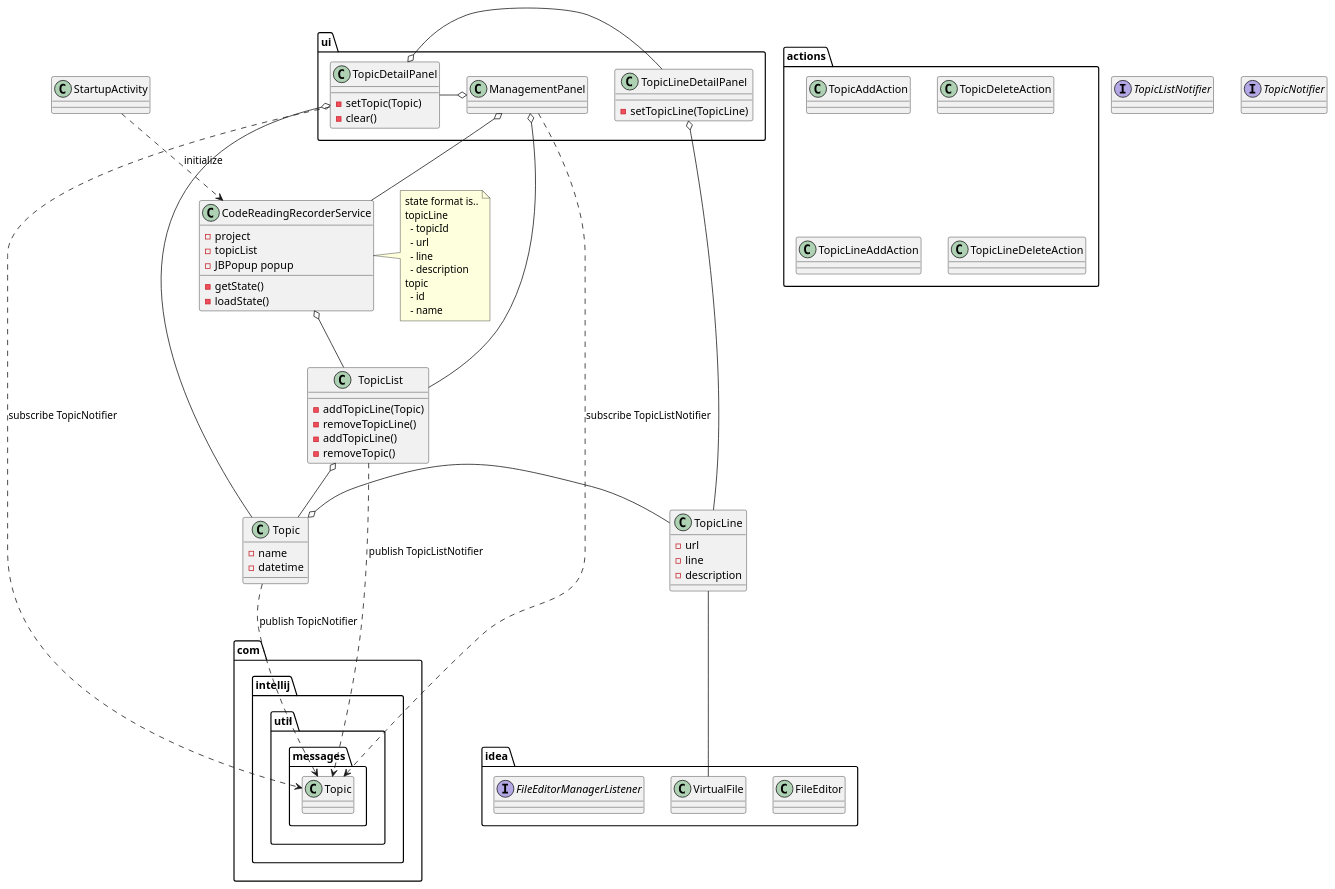
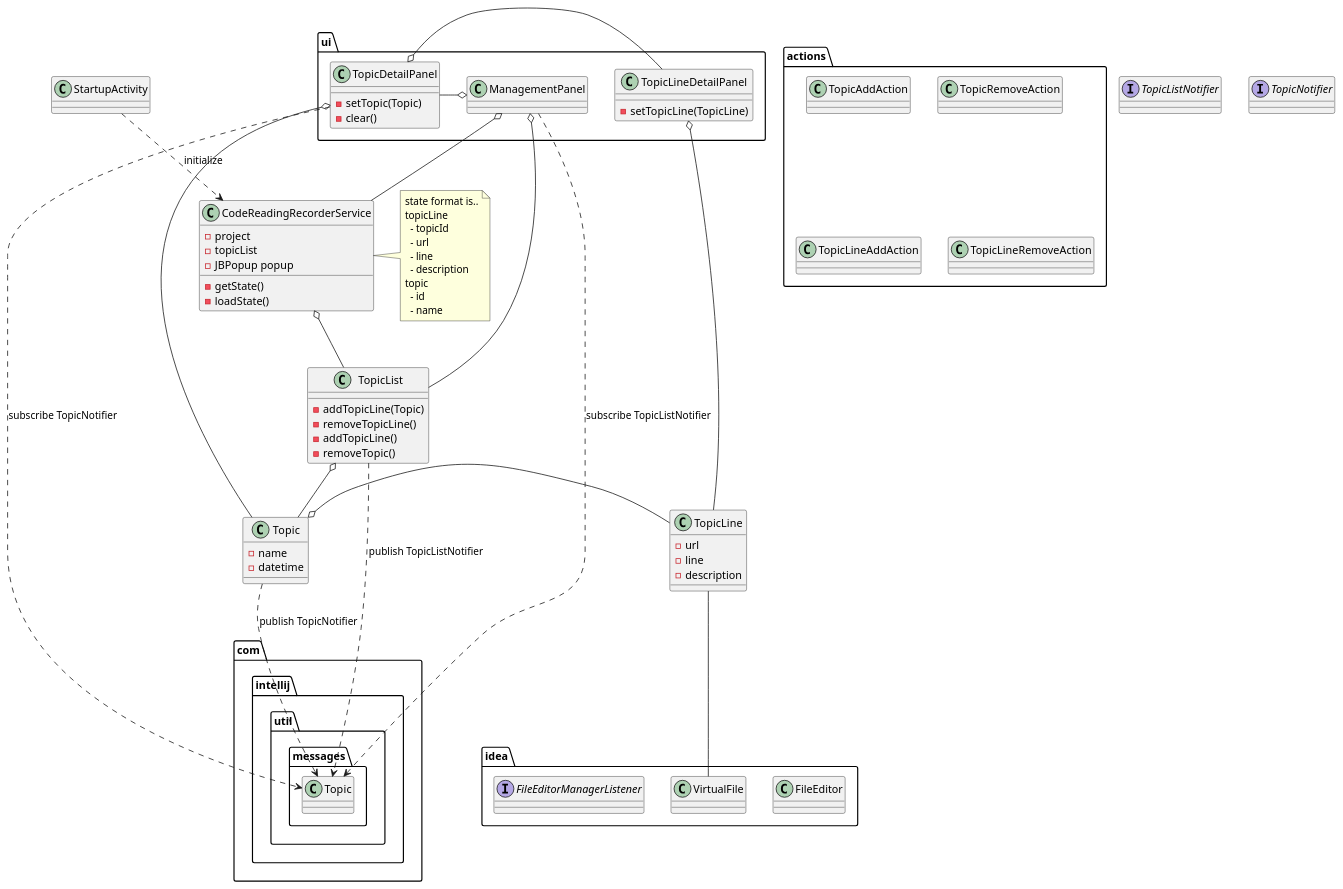
One commit to kitabatake/CodeReadingNote changed the diagram in documents/class.puml. Above: the diagram before and after it, drawn with PlantUML. The commit also changed 8 other files, not shown here.

```diff
--- a/documents/class.puml
+++ b/documents/class.puml
@@ -1,100 +1,100 @@
 @startuml
 class CodeReadingRecorderService {
   - project
   - topicList
   - JBPopup popup
 
   - getState()
   - loadState()
 }
 
 note right of CodeReadingRecorderService
    state format is..
    topicLine
      - topicId
      - url
      - line
      - description
    topic
      - id
      - name
 end note
 
 class TopicList {
     - addTopicLine(Topic)
     - removeTopicLine()
     - addTopicLine()
     - removeTopic()
 }
 
 class Topic {
     - name
     - datetime
 }
 
 class TopicLine {
     - url
     - line
     - description
 }
 
 
 class StartupActivity
 
 package idea {
     class FileEditor
     class VirtualFile
 
     interface FileEditorManagerListener
 }
 
 package ui {
     class ManagementPanel {
 
     }
     class TopicDetailPanel {
         - setTopic(Topic)
         - clear()
     }
     class TopicLineDetailPanel {
         - setTopicLine(TopicLine)
     }
 
     ManagementPanel o- TopicDetailPanel
     TopicDetailPanel o- TopicLineDetailPanel
 }
 
 package actions {
     class TopicAddAction
-    class TopicDeleteAction
+    class TopicRemoveAction
     class TopicLineAddAction
-    class TopicLineDeleteAction
+    class TopicLineRemoveAction
 }
 
 
 /' message '/
 class com.intellij.util.messages.Topic
 interface TopicListNotifier
 interface TopicNotifier
 
 TopicList ..> com.intellij.util.messages.Topic : publish TopicListNotifier
 ManagementPanel ..> com.intellij.util.messages.Topic : subscribe TopicListNotifier
 
 Topic ..> com.intellij.util.messages.Topic : publish TopicNotifier
 TopicDetailPanel ..> com.intellij.util.messages.Topic : subscribe TopicNotifier
 
 /' relation '/
 StartupActivity ..> CodeReadingRecorderService : initialize
 CodeReadingRecorderService o-- TopicList
 
 TopicList o-- Topic
 Topic o- TopicLine
 
 TopicLine -- VirtualFile
 
 ManagementPanel o-- CodeReadingRecorderService
 ManagementPanel o-- TopicList
 
 TopicDetailPanel o-- Topic
 TopicLineDetailPanel o-- TopicLine
 @enduml
```
